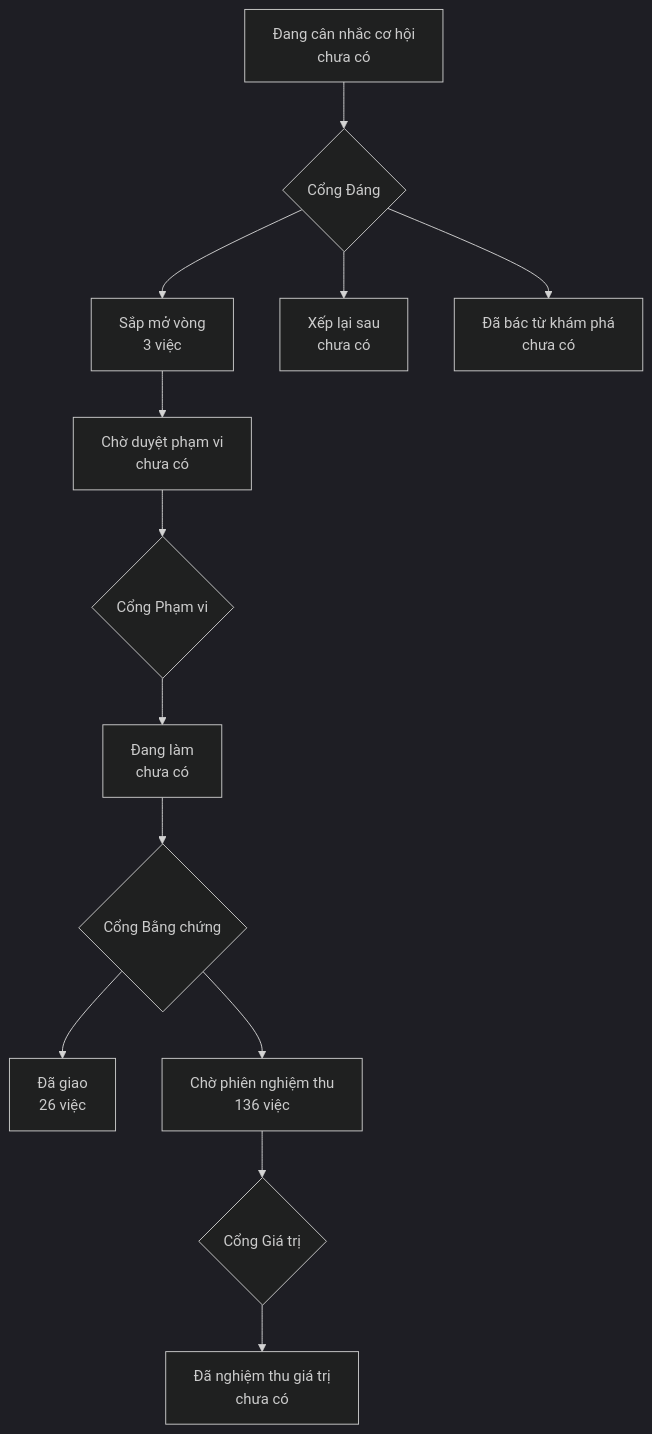
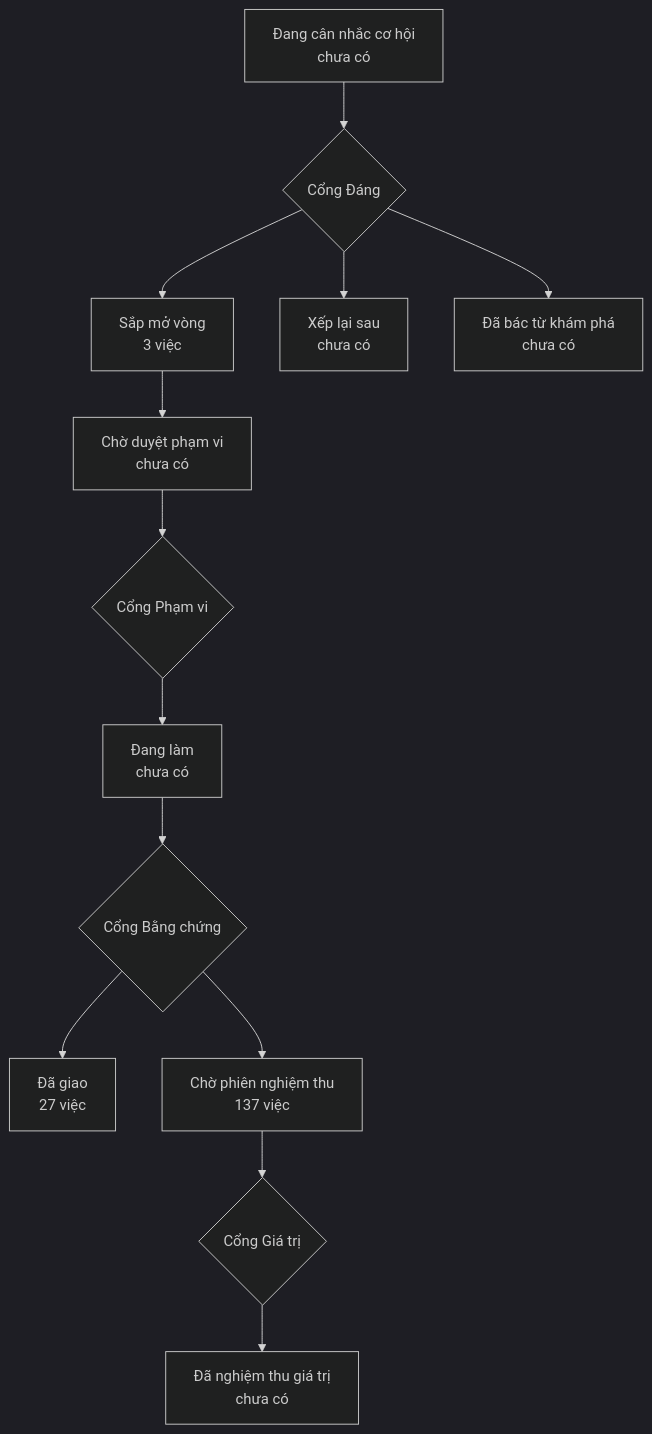
The diagram in PRODUCT-MAP.md (phanlemanh/onehub-quy-hang), drawn with Mermaid (dark theme) before and after one commit. The commit also changed other lines of this file and 1 other file, not shown here.

Commit message:
chore: vẽ lại bản đồ sau gộp main

````diff
--- a/PRODUCT-MAP.md
+++ b/PRODUCT-MAP.md
@@ -7,12 +7,12 @@
 ```mermaid
 flowchart TD
   A["Đang cân nhắc cơ hội<br/>chưa có"] --> GD{"Cổng Đáng"}
   GD --> B["Sắp mở vòng<br/>3 việc"]
   GD --> XL["Xếp lại sau<br/>chưa có"]
   GD --> DB["Đã bác từ khám phá<br/>chưa có"]
   B --> CD["Chờ duyệt phạm vi<br/>chưa có"] --> GP{"Cổng Phạm vi"}
   GP --> DL["Đang làm<br/>chưa có"] --> GB{"Cổng Bằng chứng"}
-  GB --> DG["Đã giao<br/>26 việc"]
-  GB --> CN["Chờ phiên nghiệm thu<br/>136 việc"] --> GG{"Cổng Giá trị"}
+  GB --> DG["Đã giao<br/>27 việc"]
+  GB --> CN["Chờ phiên nghiệm thu<br/>137 việc"] --> GG{"Cổng Giá trị"}
   GG --> NT["Đã nghiệm thu giá trị<br/>chưa có"]
 ```
````
